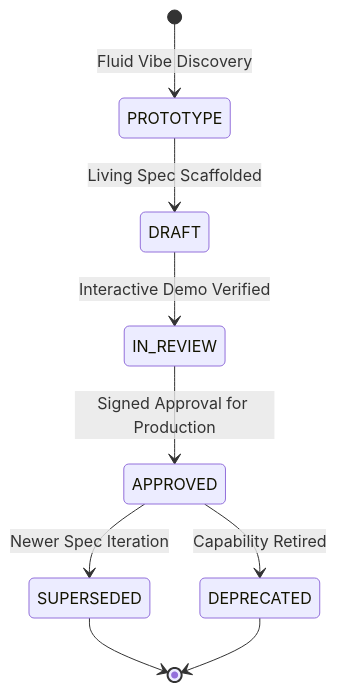
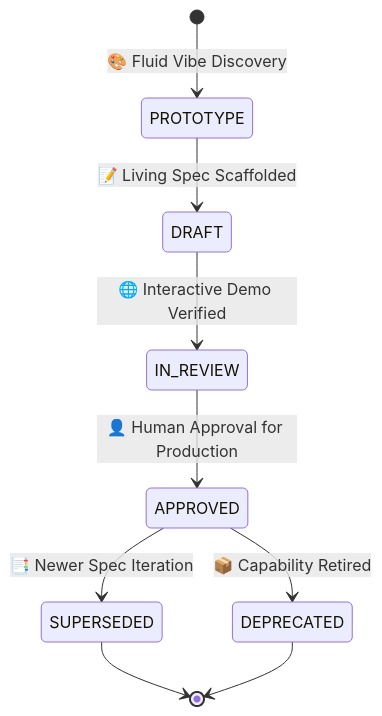
Before and after one commit to rmsofficialsyt/Agentic-AI-Vibe-Coding-AND-SDD-TDD-Codebase-Chandan-Adhikary: the third of 3 diagrams in Vibe-Coding-Chandan-Adhikary/Vibe-Coding/docs/features/README.md, drawn with Mermaid. The commit also changed other lines of this file and 23 other files, not shown here.

Commit message:
docs: redesign diagrams to Eraser.io visual style and regenerate MANIFEST.json

````diff
--- a/Vibe-Coding-Chandan-Adhikary/Vibe-Coding/docs/features/README.md
+++ b/Vibe-Coding-Chandan-Adhikary/Vibe-Coding/docs/features/README.md
@@ -67,13 +76,13 @@
 ```mermaid
 stateDiagram-v2
-    [*] --> PROTOTYPE: Fluid Vibe Discovery
-    PROTOTYPE --> DRAFT: Living Spec Scaffolded
-    DRAFT --> IN_REVIEW: Interactive Demo Verified
-    IN_REVIEW --> APPROVED: Signed Approval for Production
+    [*] --> PROTOTYPE: 🎨 Fluid Vibe Discovery
+    PROTOTYPE --> DRAFT: 📝 Living Spec Scaffolded
+    DRAFT --> IN_REVIEW: 🌐 Interactive Demo Verified
+    IN_REVIEW --> APPROVED: 👤 Human Approval for Production
     
-    APPROVED --> SUPERSEDED: Newer Spec Iteration
-    APPROVED --> DEPRECATED: Capability Retired
+    APPROVED --> SUPERSEDED: 📑 Newer Spec Iteration
+    APPROVED --> DEPRECATED: 📦 Capability Retired
     
     SUPERSEDED --> [*]
     DEPRECATED --> [*]
 ```
````
